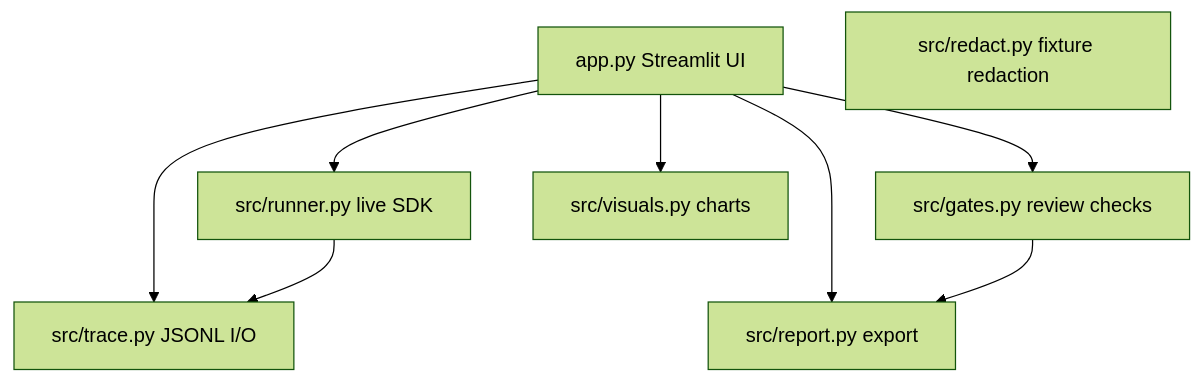
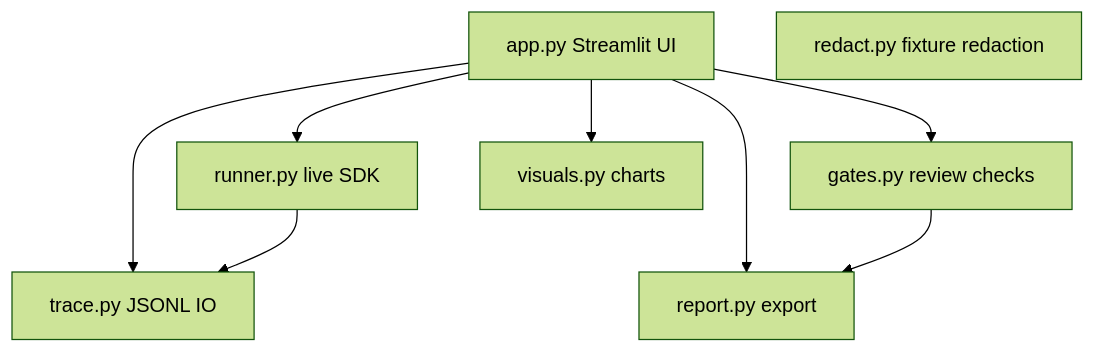
Before and after one commit to GwriPennar/cursor-sdk-flight-recorder: the ninth of 9 diagrams in README.md, drawn with Mermaid (forest theme). The commit also changed other lines of this file, not shown here.

First line of the commit message:
fix: repair README Mermaid and tables for GitHub rendering

````diff
--- a/README.md
+++ b/README.md
@@ -363,17 +363,17 @@
 ```mermaid
 flowchart TB
-    app[app.py Streamlit UI]
-    runner[src/runner.py live SDK]
-    trace[src/trace.py JSONL I/O]
-    gates[src/gates.py review checks]
-    report[src/report.py export]
-    visuals[src/visuals.py charts]
-    redact[src/redact.py fixture redaction]
-    app --> trace
-    app --> gates
-    app --> report
-    app --> visuals
-    app --> runner
-    runner --> trace
-    gates --> report
+    app_node[app.py Streamlit UI]
+    runner_node[runner.py live SDK]
+    trace_node[trace.py JSONL IO]
+    gates_node[gates.py review checks]
+    report_node[report.py export]
+    visuals_node[visuals.py charts]
+    redact_node[redact.py fixture redaction]
+    app_node --> trace_node
+    app_node --> gates_node
+    app_node --> report_node
+    app_node --> visuals_node
+    app_node --> runner_node
+    runner_node --> trace_node
+    gates_node --> report_node
 ```
````
